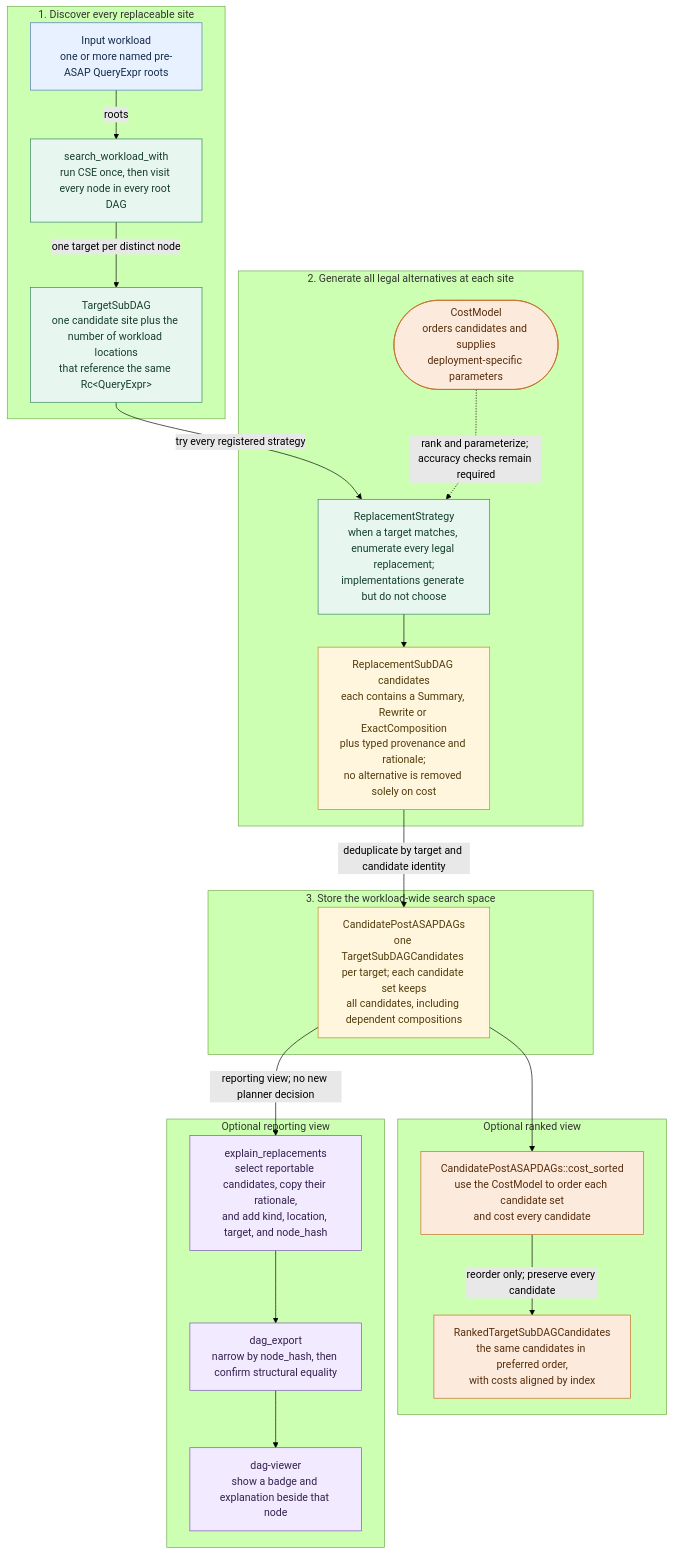
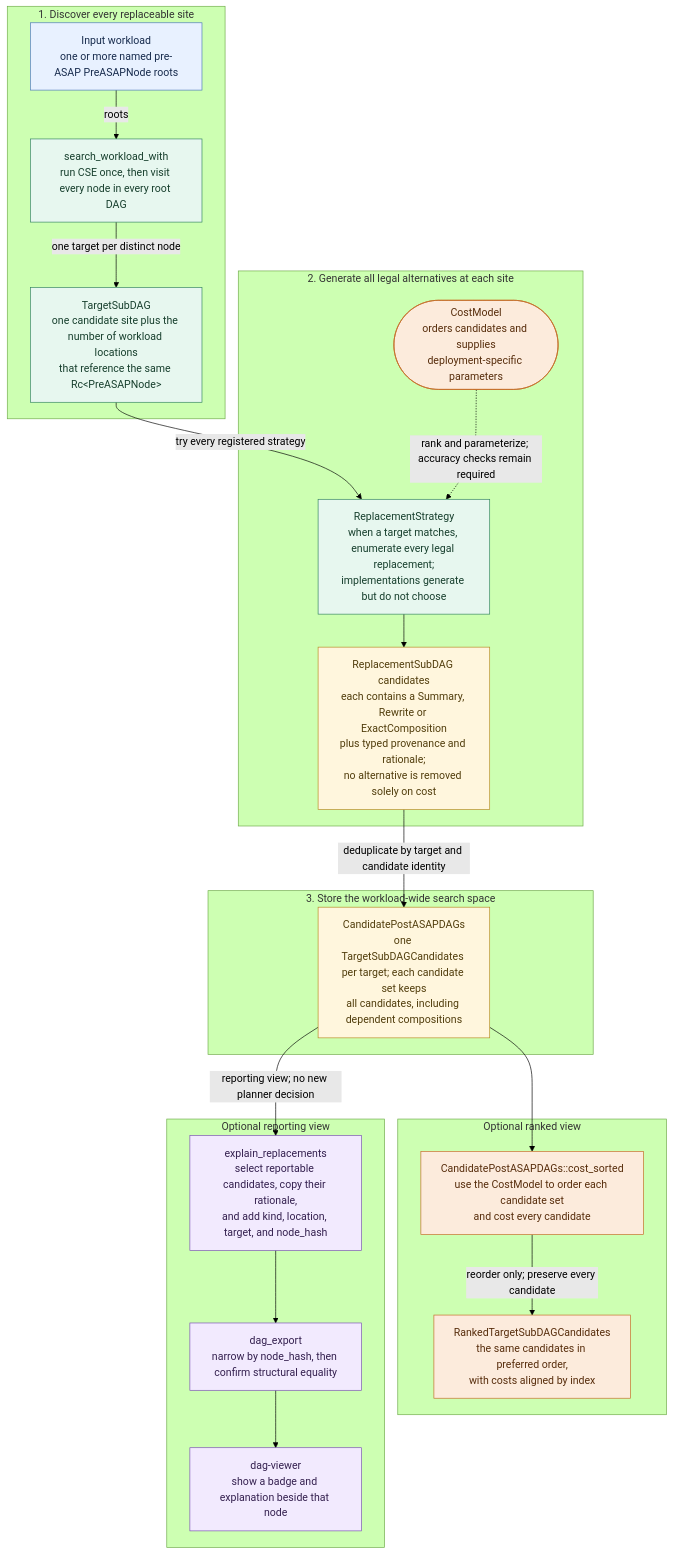
The first of 2 diagrams in docs/develop_docs/asap-aware-mapping-architecture.md (ProjectASAP/ASAPPlanner), drawn with Mermaid (forest theme) before and after one commit. The commit also changed other lines of this file and 161 other files, not shown here.

First line of the commit message:
refactor!: align DAG node and graph API names

````diff
--- a/docs/develop_docs/asap-aware-mapping-architecture.md
+++ b/docs/develop_docs/asap-aware-mapping-architecture.md
@@ -80,41 +80,41 @@
 ```mermaid
 flowchart TB
   classDef input fill:#e8f1ff,stroke:#4b78b8,color:#172b4d
   classDef generate fill:#e7f7ef,stroke:#31835e,color:#173f2d
   classDef store fill:#fff6dd,stroke:#b78922,color:#513d0c
   classDef choose fill:#fcebdc,stroke:#c46a25,color:#572d0c
   classDef report fill:#f2eafe,stroke:#7950b3,color:#34204f
 
   subgraph DISCOVERY[1. Discover every replaceable site]
-    WL["Input workload<br/>one or more named pre-ASAP QueryExpr roots"]:::input
+    WL["Input workload<br/>one or more named pre-ASAP PreASAPNode roots"]:::input
     SEARCH["search_workload_with<br/>run CSE once, then visit every node in every root DAG"]:::generate
-    TARGET["TargetSubDAG<br/>one candidate site plus the number of workload locations<br/>that reference the same Rc&lt;QueryExpr&gt;"]:::generate
+    TARGET["TargetSubDAG<br/>one candidate site plus the number of workload locations<br/>that reference the same Rc&lt;PreASAPNode&gt;"]:::generate
     WL -->|"roots"| SEARCH -->|"one target per distinct node"| TARGET
   end
 
   subgraph GENERATION[2. Generate all legal alternatives at each site]
     STRATEGY["ReplacementStrategy<br/>when a target matches, enumerate every legal replacement;<br/>implementations generate but do not choose"]:::generate
     CAND["ReplacementSubDAG candidates<br/>each contains a Summary, Rewrite or ExactComposition<br/>plus typed provenance and rationale;<br/>no alternative is removed solely on cost"]:::store
     TARGET -->|"try every registered strategy"| STRATEGY --> CAND
     CM(["CostModel<br/>orders candidates and supplies<br/>deployment-specific parameters"]):::choose
     CM -. "rank and parameterize; accuracy checks remain required" .-> STRATEGY
   end
 
   subgraph SEARCHSPACE[3. Store the workload-wide search space]
     SPACE["CandidatePostASAPDAGs<br/>one TargetSubDAGCandidates per target; each candidate set keeps<br/>all candidates, including dependent compositions"]:::store
     CAND -->|"deduplicate by target and candidate identity"| SPACE
   end
 
   subgraph RANKING[Optional ranked view]
     SORT["CandidatePostASAPDAGs::cost_sorted<br/>use the CostModel to order each candidate set<br/>and cost every candidate"]:::choose
     RANKED["RankedTargetSubDAGCandidates<br/>the same candidates in preferred order,<br/>with costs aligned by index"]:::choose
     SPACE --> SORT -->|"reorder only; preserve every candidate"| RANKED
   end
 
   subgraph REPORTING[Optional reporting view]
     EXPLAIN["explain_replacements<br/>select reportable candidates, copy their rationale,<br/>and add kind, location, target, and node_hash"]:::report
     EXPORT["dag_export<br/>narrow by node_hash, then confirm structural equality"]:::report
     VIEWER["dag-viewer<br/>show a badge and explanation beside that node"]:::report
     SPACE -->|"reporting view; no new planner decision"| EXPLAIN --> EXPORT --> VIEWER
   end
 ```
````
